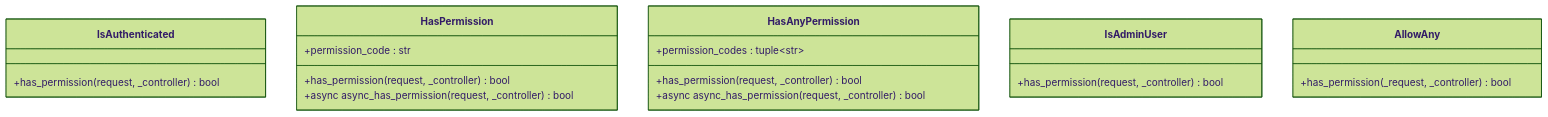
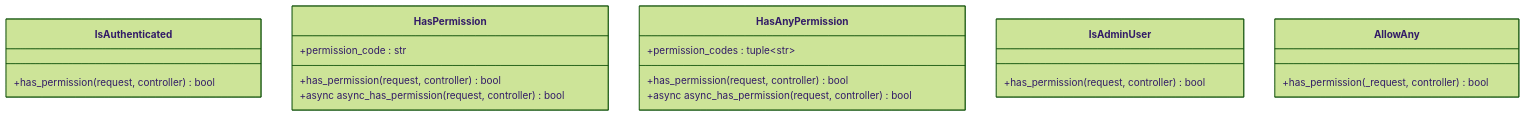
Before and after one commit to taoweidong/Hello-Django-Ninja-Api: the third of 10 diagrams in .qoder/repowiki/zh/content/核心模块/权限管理系统.md, drawn with Mermaid (forest theme). The commit also changed other lines of this file and 13 other files, not shown here.

````diff
--- a/.qoder/repowiki/zh/content/核心模块/权限管理系统.md
+++ b/.qoder/repowiki/zh/content/核心模块/权限管理系统.md
@@ -165,22 +165,22 @@
 ```mermaid
 classDiagram
 class IsAuthenticated {
-+has_permission(request, _controller) bool
++has_permission(request, controller) bool
 }
 class HasPermission {
 +permission_code : str
-+has_permission(request, _controller) bool
-+async async_has_permission(request, _controller) bool
++has_permission(request, controller) bool
++async async_has_permission(request, controller) bool
 }
 class HasAnyPermission {
 +permission_codes : tuple~str~
-+has_permission(request, _controller) bool
-+async async_has_permission(request, _controller) bool
++has_permission(request, controller) bool
++async async_has_permission(request, controller) bool
 }
 class IsAdminUser {
-+has_permission(request, _controller) bool
++has_permission(request, controller) bool
 }
 class AllowAny {
-+has_permission(_request, _controller) bool
++has_permission(_request, controller) bool
 }
 ```
````
